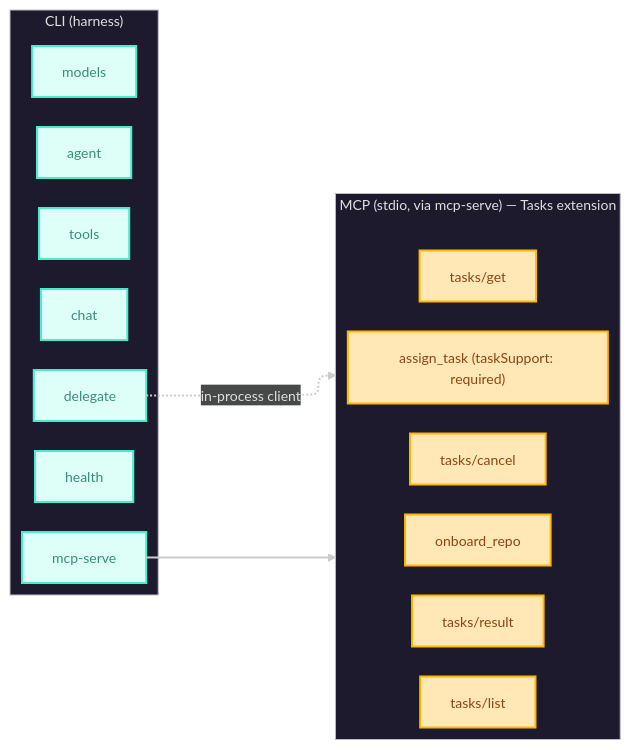
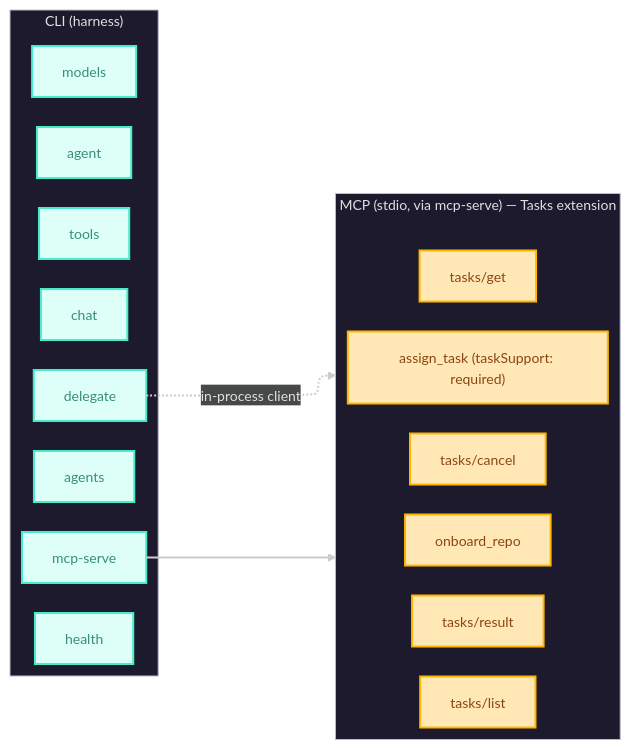
The second of 5 diagrams in ARCHITECTURE.md (DominicBurkart/nanna-coder), drawn with Mermaid before and after one commit. The commit also changed 2 other files, not shown here.

Commit message:
feat(cli): list agent identities
nanna agents list prints the identity catalog (name, loop, model,
max_effect). --dir overrides the global catalog directory and --repo layers
a repository's .nanna/agents/ overrides on top; errors are printed in their
Display form. All logic lives in IdentityCatalog (tested); main.rs only
wires arguments. Re-exports the identity types from the crate root and adds
the subcommand to the CLI diagram in ARCHITECTURE.md.

Part of #637.

````diff
--- a/ARCHITECTURE.md
+++ b/ARCHITECTURE.md
@@ -72,31 +72,32 @@
 ```mermaid
 ---
 config:
   theme: redux-dark
   layout: elk
 ---
 flowchart LR
     subgraph CLI["CLI (harness)"]
         chat
         agent
         delegate
         mcpserve["mcp-serve"]
         models
         tools
+        agents
         health
     end
     subgraph MCP["MCP (stdio, via mcp-serve) — Tasks extension"]
         assign_task["assign_task (taskSupport: required)"]
         onboard_repo
         tget["tasks/get"]
         tresult["tasks/result"]
         tlist["tasks/list"]
         tcancel["tasks/cancel"]
     end
     mcpserve --> MCP
     delegate -.->|in-process client| MCP
     classDef cli stroke:#46EDC8,fill:#DEFFF8,color:#378E7A
     classDef mcp stroke:#FFB703,fill:#FFE8B6,color:#8B4513
-    class chat,agent,delegate,mcpserve,models,tools,health cli
+    class chat,agent,delegate,mcpserve,models,tools,agents,health cli
     class assign_task,onboard_repo,tget,tresult,tlist,tcancel mcp
 ```
````
